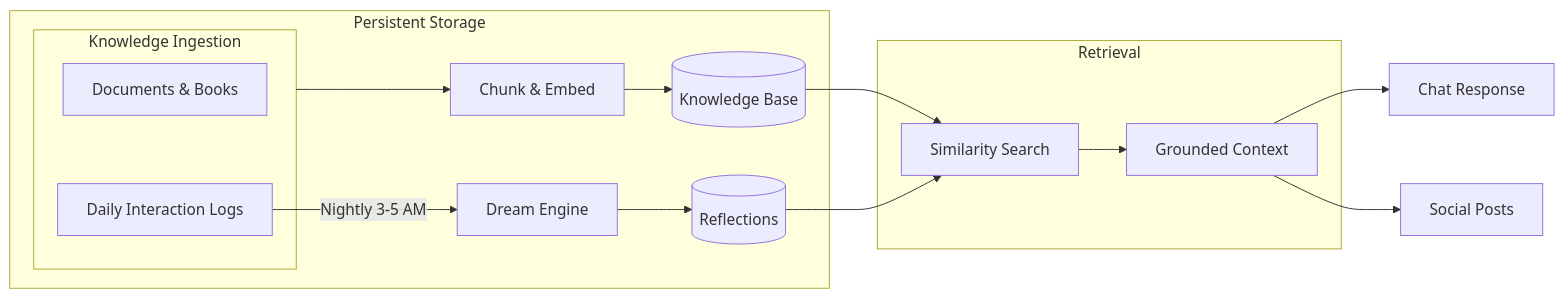
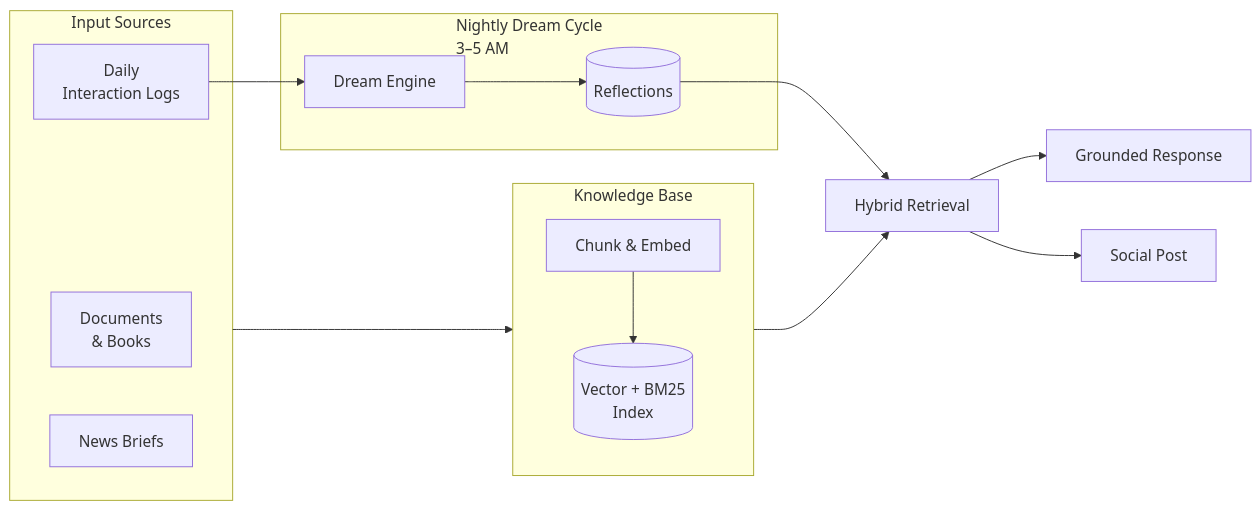
One commit to Ekco-S64QTN6/Kaiacord changed the second of 3 diagrams in README.md. Above: the diagram before and after it, drawn with Mermaid. The commit also changed other lines of this file and 12 other files, not shown here.

````diff
--- a/README.md
+++ b/README.md
@@ -108,24 +80,28 @@
 ```mermaid
-graph LR
-    subgraph Ingestion ["Knowledge Ingestion"]
-        Docs[Documents & Books]
-        Logs[Daily Interaction Logs]
+flowchart LR
+    subgraph IN ["Input Sources"]
+        DOCS[Documents\n& Books]
+        LOGS[Daily\nInteraction Logs]
+        NEWS[News Briefs]
     end
 
-    subgraph Storage ["Persistent Storage"]
-        Ingestion --> Pipeline[Chunk & Embed]
-        Pipeline --> KB[(Knowledge Base)]
-
-        Logs --"Nightly 3-5 AM"--> Dream[Dream Engine]
-        Dream --> Reflections[(Reflections)]
+    subgraph STORE ["Knowledge Base"]
+        direction TB
+        EMBED[Chunk & Embed]
+        KB[(Vector + BM25\nIndex)]
+        EMBED --> KB
     end
 
-    subgraph Retrieval ["Retrieval"]
-        KB --> RAG[Similarity Search]
-        Reflections --> RAG
-        RAG --> Context[Grounded Context]
+    subgraph DREAM ["Nightly Dream Cycle\n3–5 AM"]
+        DE[Dream Engine]
+        RF[(Reflections)]
+        DE --> RF
     end
 
-    Context --> Chat[Chat Response]
-    Context --> Social[Social Posts]
+    IN --> EMBED
+    LOGS --> DE
+    KB --> RAG[Hybrid Retrieval]
+    RF --> RAG
+    RAG --> RESP[Grounded Response]
+    RAG --> POST[Social Post]
 ```
````
